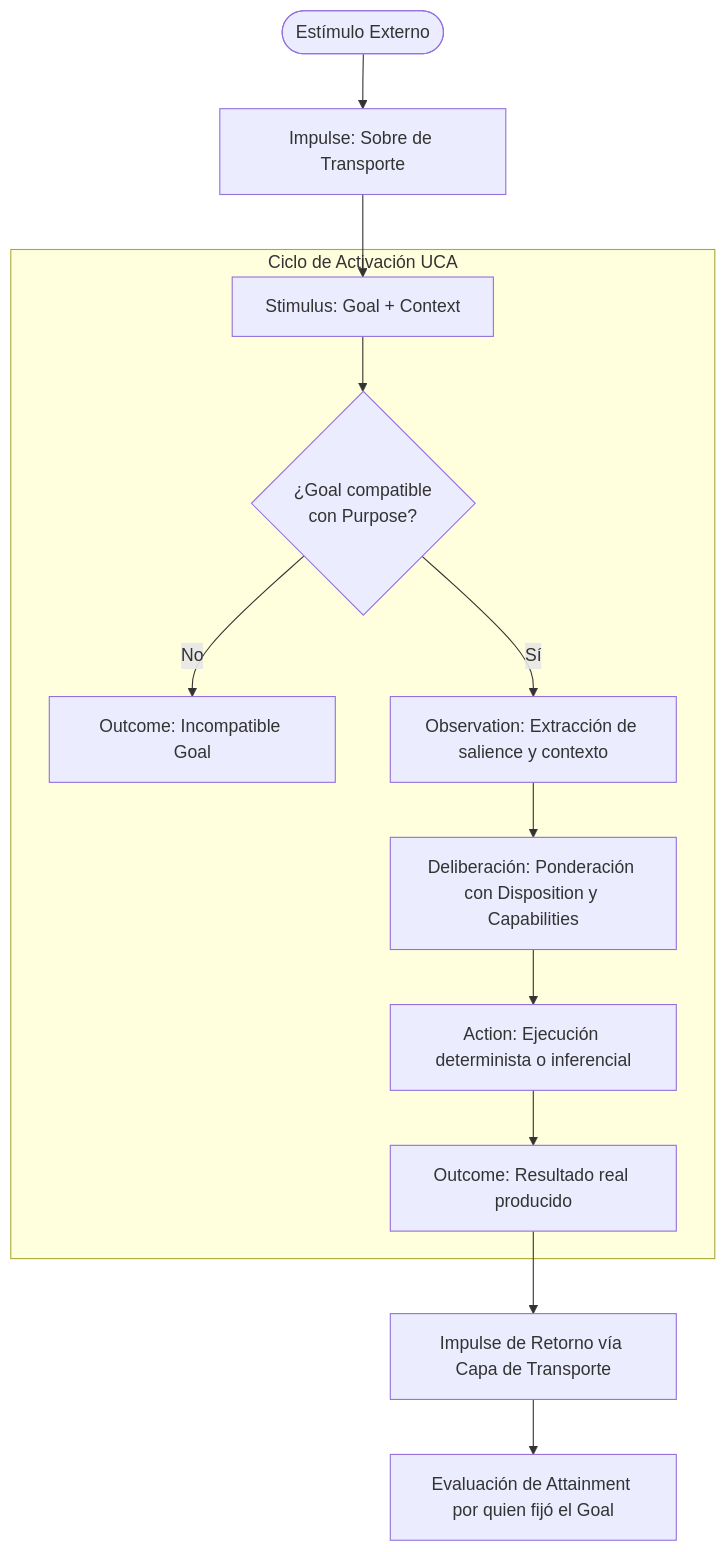
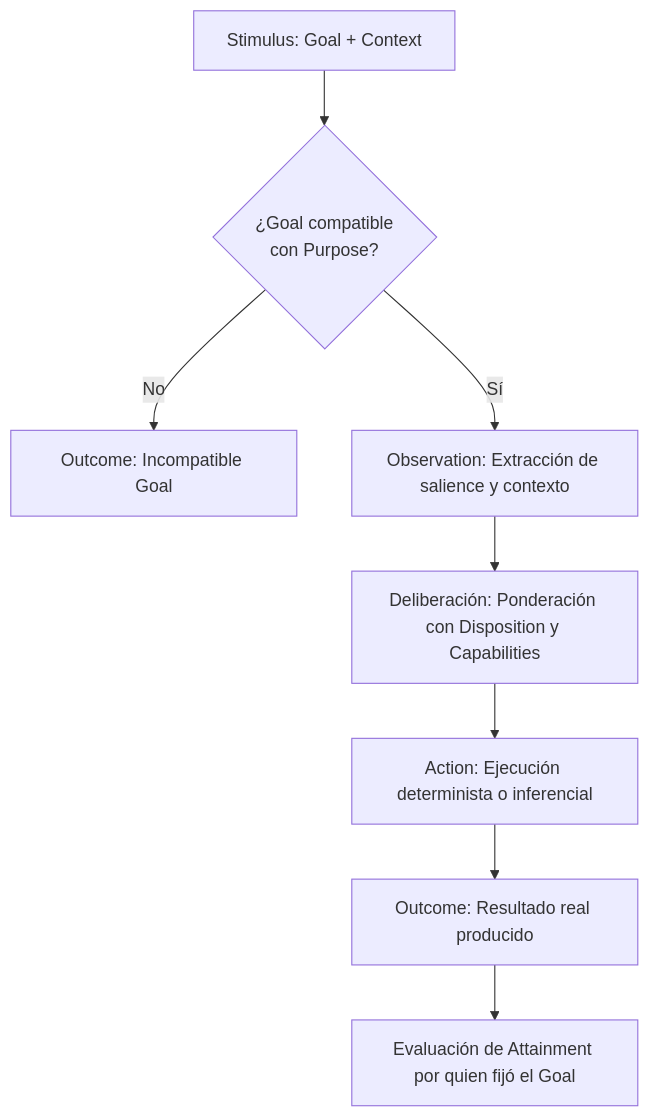
The diagram in README.es.md (christian-marino-alvarez/uca-specification), drawn with Mermaid before and after one commit. The commit also changed other lines of this file and 3 other files, not shown here.

Commit message:
feat(spec): refine UCA core to minimal properties, decouple runtime and cognitive architecture, define conformance

````diff
--- a/README.es.md
+++ b/README.es.md
@@ -68,17 +116,10 @@
 ```mermaid
 flowchart TD
-    EXT([Estímulo Externo]) --> IMP[Impulse: Sobre de Transporte]
-    IMP --> STIM[Stimulus: Goal + Context]
-    
-    subgraph UCA [Ciclo de Activación UCA]
-        STIM --> VAL{¿Goal compatible<br/>con Purpose?}
-        VAL -- No --> REJ[Outcome: Incompatible Goal]
-        VAL -- Sí --> OBS[Observation: Extracción de salience y contexto]
-        OBS --> DEC[Deliberación: Ponderación con Disposition y Capabilities]
-        DEC --> ACT[Action: Ejecución determinista o inferencial]
-        ACT --> OUT[Outcome: Resultado real producido]
-    end
-    
-    OUT --> RET[Impulse de Retorno vía Capa de Transporte]
-    RET --> ATT[Evaluación de Attainment por quien fijó el Goal]
+    STIM[Stimulus: Goal + Context] --> VAL{¿Goal compatible<br/>con Purpose?}
+    VAL -- No --> REJ[Outcome: Incompatible Goal]
+    VAL -- Sí --> OBS[Observation: Extracción de salience y contexto]
+    OBS --> DEC[Deliberación: Ponderación con Disposition y Capabilities]
+    DEC --> ACT[Action: Ejecución determinista o inferencial]
+    ACT --> OUT[Outcome: Resultado real producido]
+    OUT --> ATT[Evaluación de Attainment por quien fijó el Goal]
 ```
````
